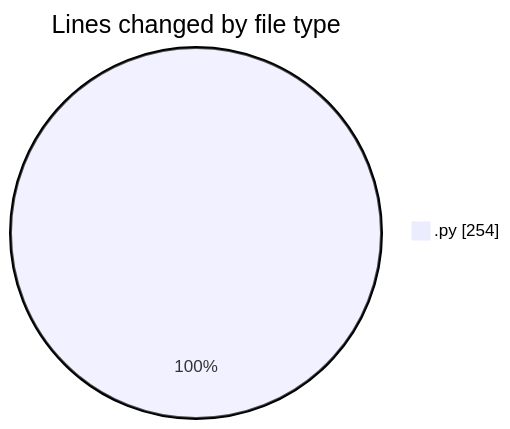
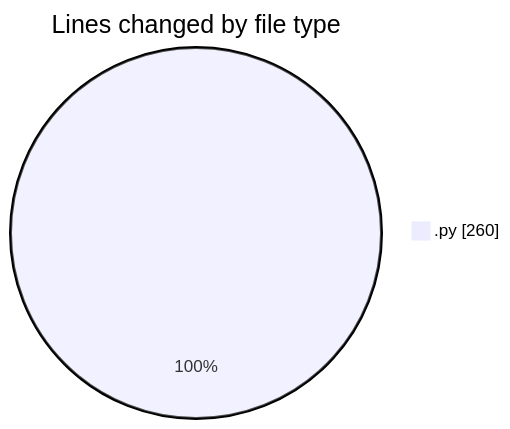
One commit to trdunsworth/code-tracking changed the first of 2 diagrams in 2025-04-23/synth_911data_gen/README.md. Above: the diagram before and after it, drawn with Mermaid. The commit also changed other lines of this file and 1 other file, not shown here.

````diff
--- a/2025-04-23/synth_911data_gen/README.md
+++ b/2025-04-23/synth_911data_gen/README.md
@@ -20,5 +20,5 @@
 ```mermaid
 pie showData
 title Lines changed by file type
-".py" : 254
+".py" : 260
 ```
````
